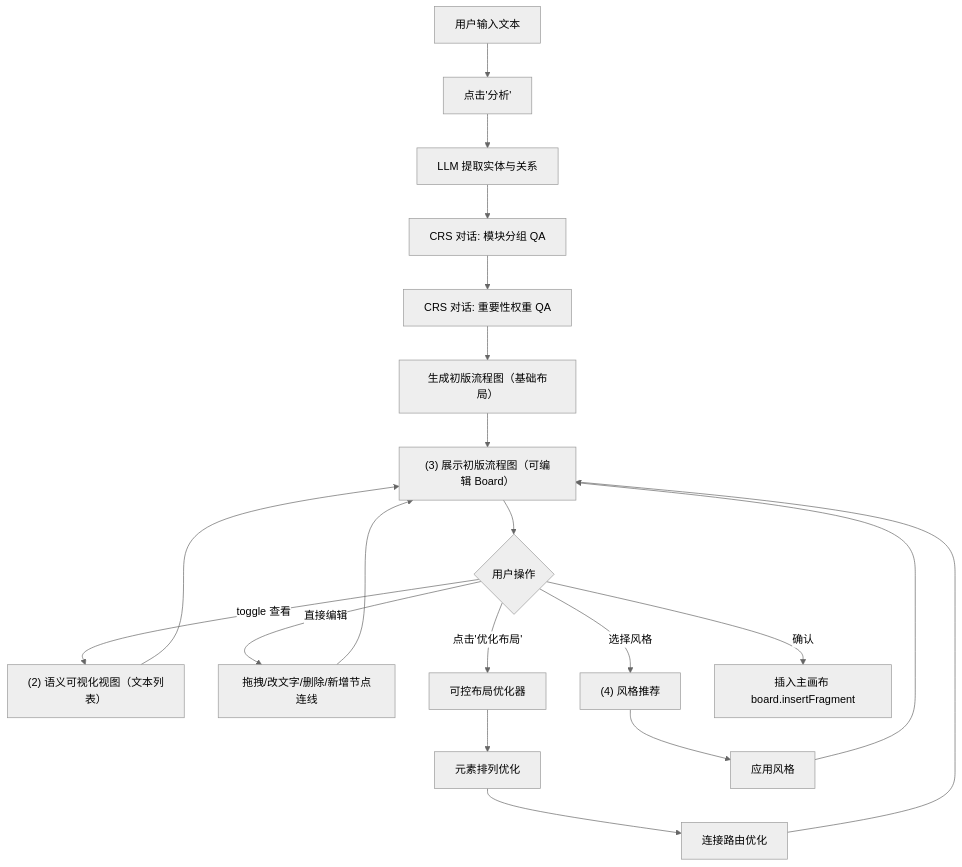
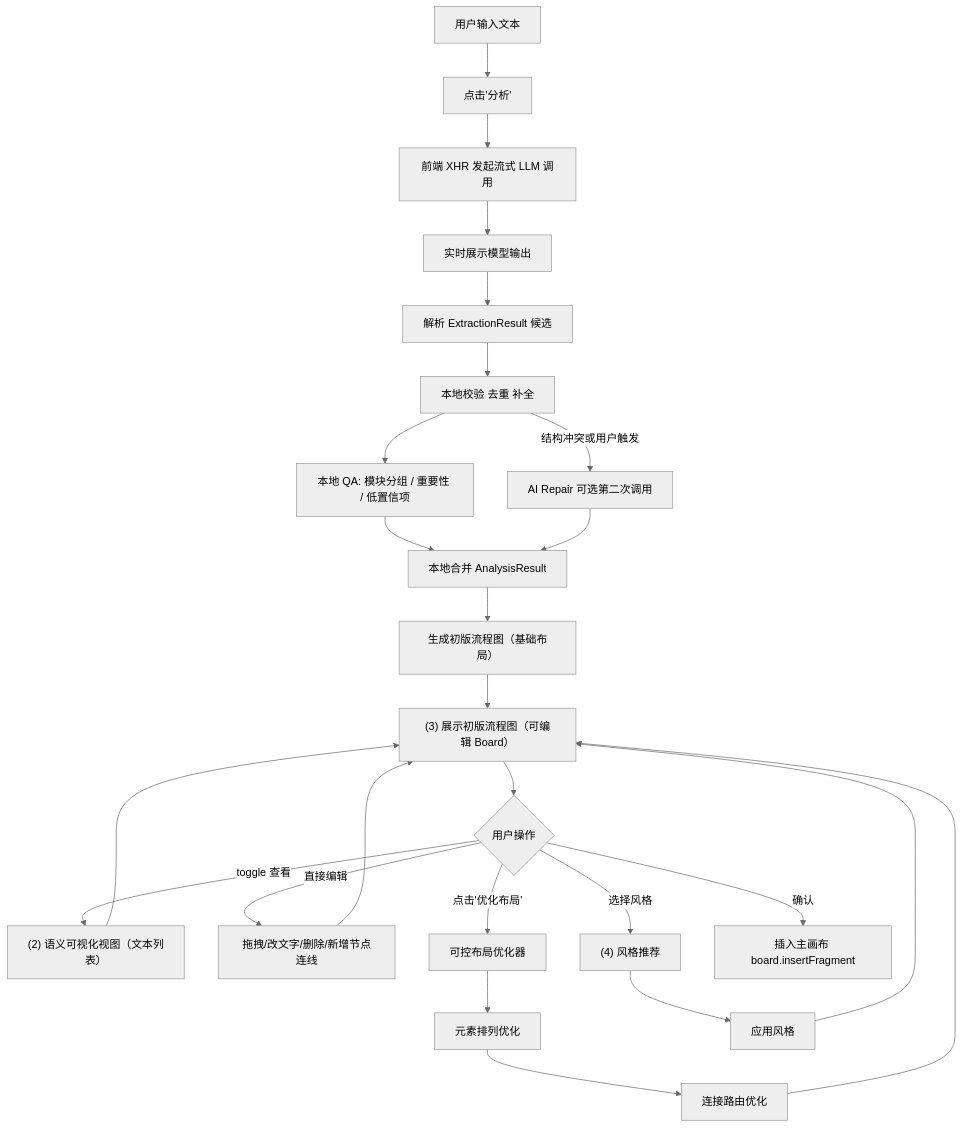
The diagram in docs/paperdraw/PRD.md (xcisq/free-ai-draw), drawn with Mermaid (neutral theme) before and after one commit. The commit also changed other lines of this file and 23 other files, not shown here.

First line of the commit message:
功能: 重构 PaperDraw 本地文本解析链路并生成流程图预览

````diff
--- a/docs/paperdraw/PRD.md
+++ b/docs/paperdraw/PRD.md
@@ -66,22 +78,27 @@
 ```mermaid
 flowchart TB
     A[用户输入文本] --> B["点击'分析'"]
-    B --> C[LLM 提取实体与关系]
-    C --> D[CRS 对话: 模块分组 QA]
-    D --> E[CRS 对话: 重要性权重 QA]
-    E --> F["生成初版流程图（基础布局）"]
-    F --> G["(3) 展示初版流程图（可编辑 Board）"]
-    G --> H{"用户操作"}
-    H -->|"toggle 查看"| I["(2) 语义可视化视图（文本列表）"]
-    I --> G
-    H -->|直接编辑| J[拖拽/改文字/删除/新增节点连线]
-    J --> G
-    H -->|"点击'优化布局'"| K[可控布局优化器]
-    K --> L[元素排列优化]
-    L --> M[连接路由优化]
-    M --> G
-    H -->|选择风格| N["(4) 风格推荐"]
-    N --> O[应用风格]
-    O --> G
-    H -->|确认| P["插入主画布 board.insertFragment"]
+    B --> C[前端 XHR 发起流式 LLM 调用]
+    C --> D[实时展示模型输出]
+    D --> E[解析 ExtractionResult 候选]
+    E --> F[本地校验 去重 补全]
+    F --> G[本地 QA: 模块分组 / 重要性 / 低置信项]
+    G --> H[本地合并 AnalysisResult]
+    F -->|结构冲突或用户触发| R[AI Repair 可选第二次调用]
+    R --> H
+    H --> I["生成初版流程图（基础布局）"]
+    I --> J["(3) 展示初版流程图（可编辑 Board）"]
+    J --> K{"用户操作"}
+    K -->|"toggle 查看"| L["(2) 语义可视化视图（文本列表）"]
+    L --> J
+    K -->|直接编辑| M[拖拽/改文字/删除/新增节点连线]
+    M --> J
+    K -->|"点击'优化布局'"| N[可控布局优化器]
+    N --> O[元素排列优化]
+    O --> P[连接路由优化]
+    P --> J
+    K -->|选择风格| Q["(4) 风格推荐"]
+    Q --> S[应用风格]
+    S --> J
+    K -->|确认| T["插入主画布 board.insertFragment"]
 ```
````
